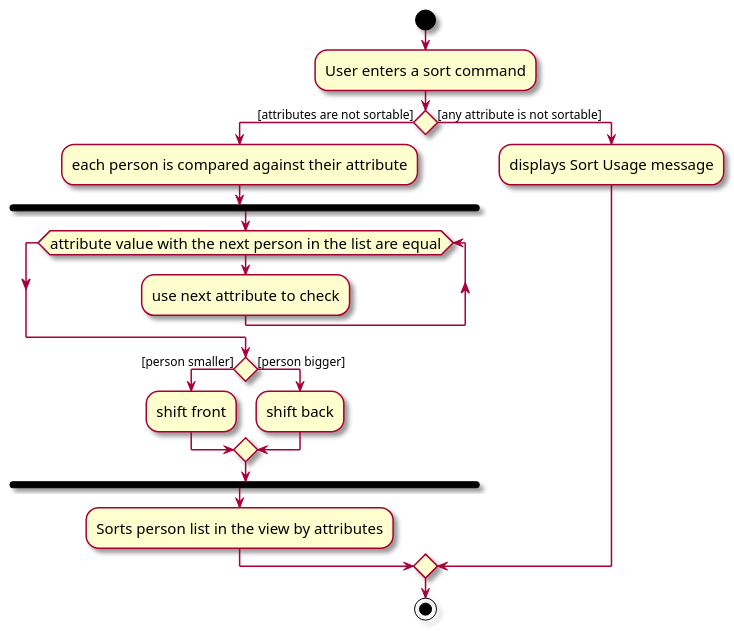
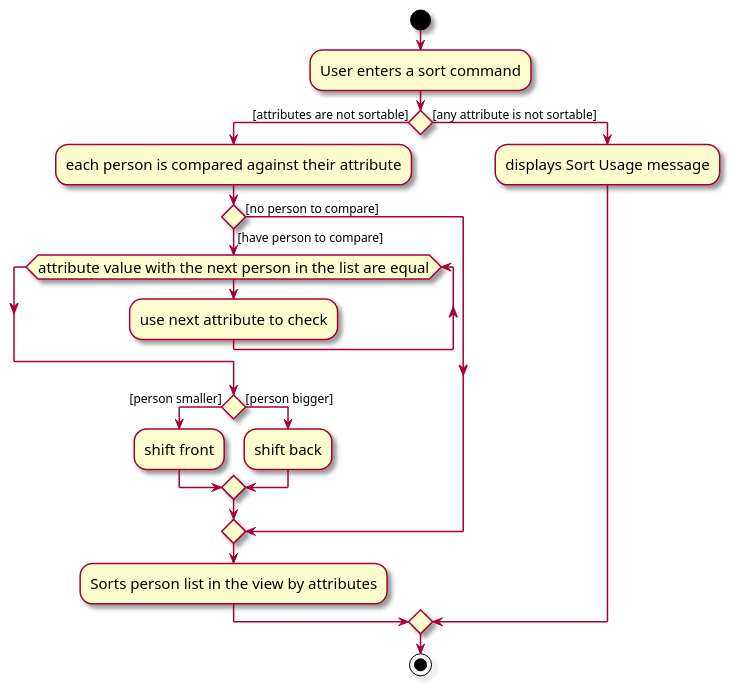
Before and after one commit to whitesnowx/tp: the diagram in docs/diagrams/SortActivityDiagram.puml, drawn with PlantUML. The commit also changed 1 other file, not shown here.

Commit message:
Update SortActivityDiagram and png

```diff
--- a/docs/diagrams/SortActivityDiagram.puml
+++ b/docs/diagrams/SortActivityDiagram.puml
@@ -1,26 +1,27 @@
 @startuml
 skin rose
 skinparam ActivityFontSize 15
 skinparam ArrowFontSize 12
 start
 :User enters a sort command;
 
 
 if() then ([attributes are not sortable])
     :each person is compared against their attribute;
-        fork
+        if() then ([have person to compare])
             while(attribute value with the next person in the list are equal)
                 :use next attribute to check;
             endwhile
             if() then ([person smaller])
                 :shift front;
             else([person bigger])
                 :shift back;
             endif
-        end fork
+        else([no person to compare])
+    endif
     :Sorts person list in the view by attributes;
 else([any attribute is not sortable])
     :displays Sort Usage message;
 endif
 stop
 @enduml
```
